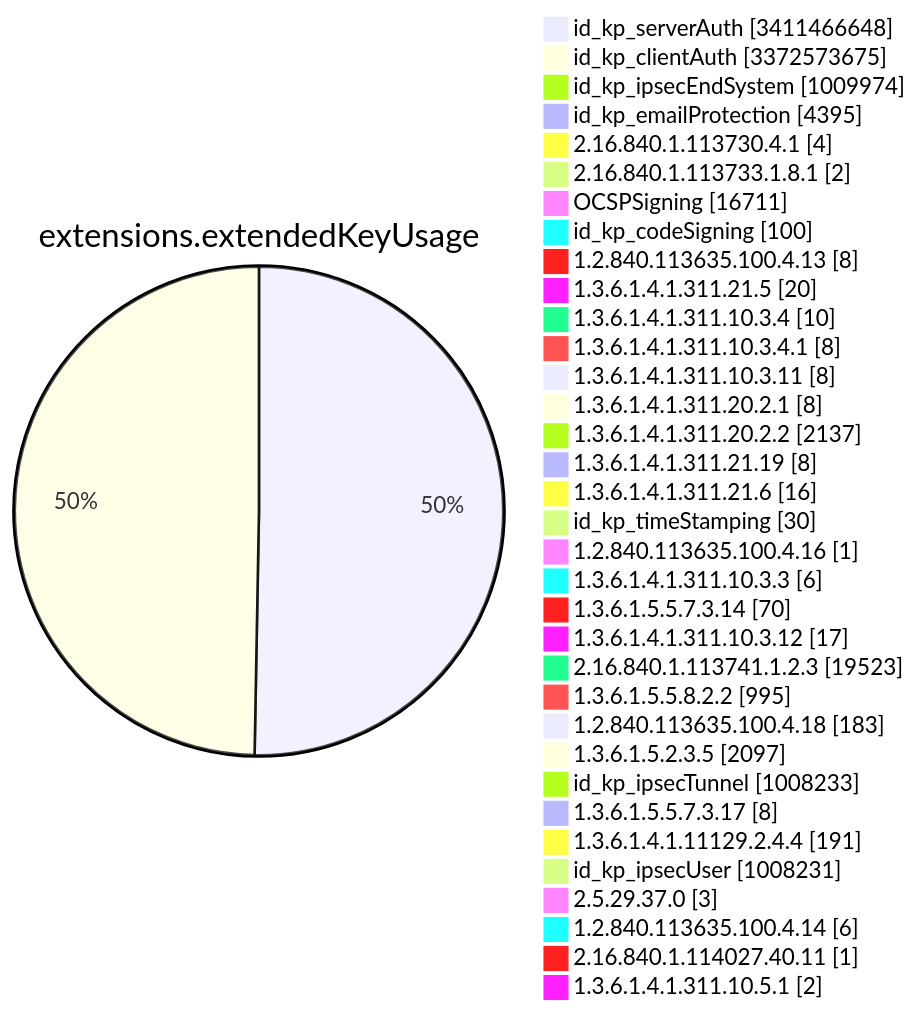
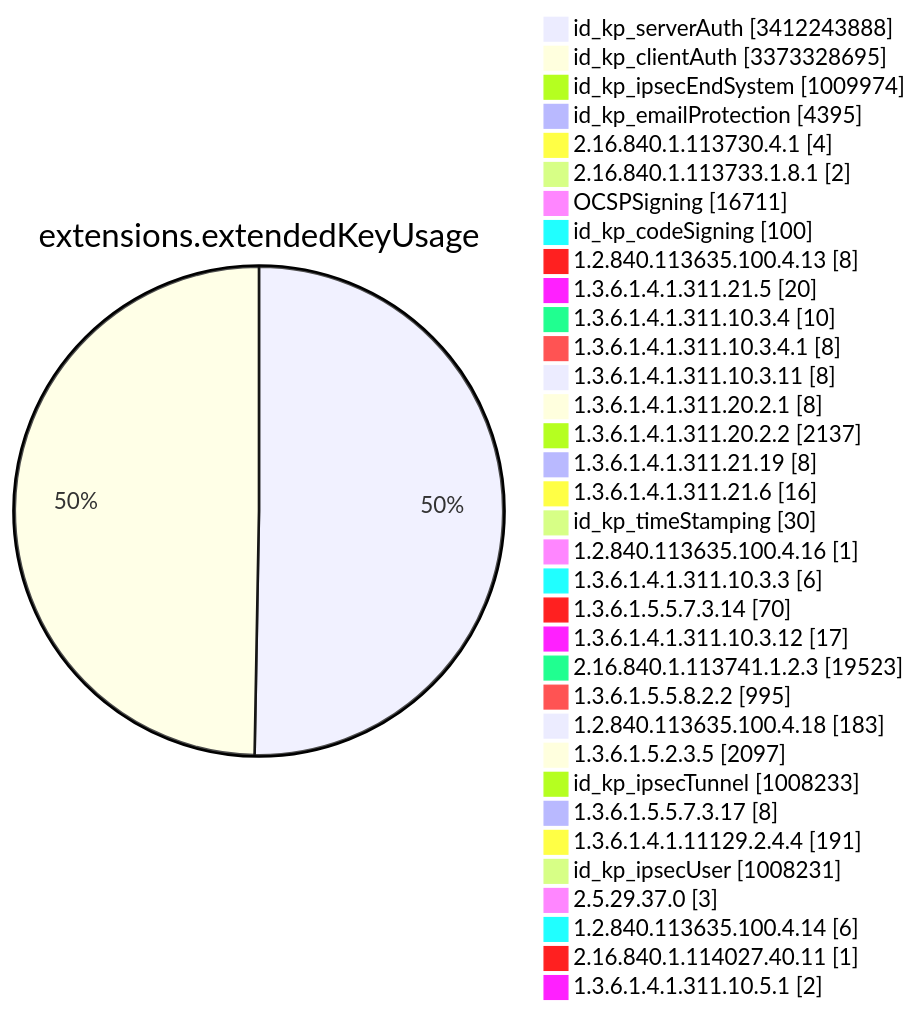
One commit to christiankrug/ctmonitor_visualization changed diagram 11 of 15 in TOTAL/README.md. Above: the diagram before and after it, drawn with Mermaid. The commit also changed other lines of this file, not shown here.

````diff
--- a/TOTAL/README.md
+++ b/TOTAL/README.md
@@ -4121,38 +4121,38 @@
 ```mermaid
 pie showData
 title extensions.extendedKeyUsage
-"id_kp_serverAuth" :3411466648
-"id_kp_clientAuth" :3372573675
+"id_kp_serverAuth" :3412243888
+"id_kp_clientAuth" :3373328695
 "id_kp_ipsecEndSystem" :1009974
 "id_kp_emailProtection" :4395
 "2.16.840.1.113730.4.1" :4
 "2.16.840.1.113733.1.8.1" :2
 "OCSPSigning" :16711
 "id_kp_codeSigning" :100
 "1.2.840.113635.100.4.13" :8
 "1.3.6.1.4.1.311.21.5" :20
 "1.3.6.1.4.1.311.10.3.4" :10
 "1.3.6.1.4.1.311.10.3.4.1" :8
 "1.3.6.1.4.1.311.10.3.11" :8
 "1.3.6.1.4.1.311.20.2.1" :8
 "1.3.6.1.4.1.311.20.2.2" :2137
 "1.3.6.1.4.1.311.21.19" :8
 "1.3.6.1.4.1.311.21.6" :16
 "id_kp_timeStamping" :30
 "1.2.840.113635.100.4.16" :1
 "1.3.6.1.4.1.311.10.3.3" :6
 "1.3.6.1.5.5.7.3.14" :70
 "1.3.6.1.4.1.311.10.3.12" :17
 "2.16.840.1.113741.1.2.3" :19523
 "1.3.6.1.5.5.8.2.2" :995
 "1.2.840.113635.100.4.18" :183
 "1.3.6.1.5.2.3.5" :2097
 "id_kp_ipsecTunnel" :1008233
 "1.3.6.1.5.5.7.3.17" :8
 "1.3.6.1.4.1.11129.2.4.4" :191
 "id_kp_ipsecUser" :1008231
 "2.5.29.37.0" :3
 "1.2.840.113635.100.4.14" :6
 "2.16.840.1.114027.40.11" :1
 "1.3.6.1.4.1.311.10.5.1" :2
 ```
````
